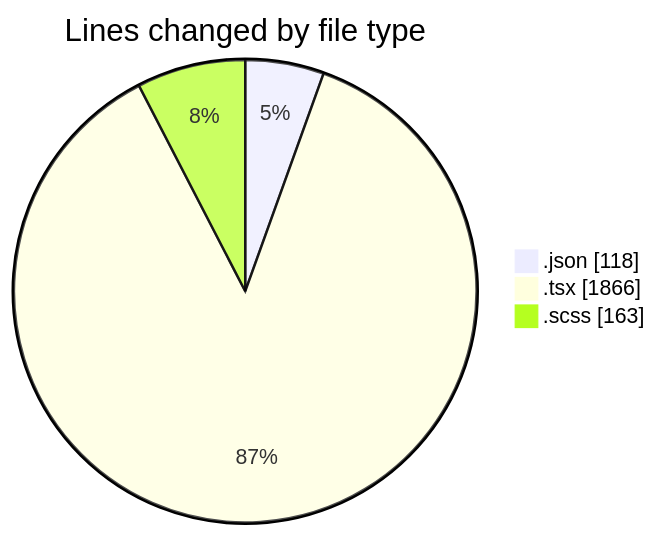
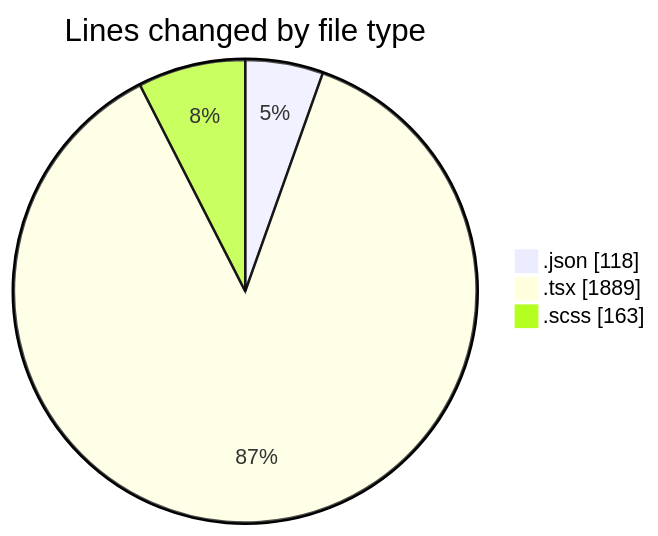
Before and after one commit to momahboobian/code-tracking: the first of 2 diagrams in 2025-11-19/cda/README.md, drawn with Mermaid. The commit also changed other lines of this file and 1 other file, not shown here.

````diff
--- a/2025-11-19/cda/README.md
+++ b/2025-11-19/cda/README.md
@@ -23,7 +23,7 @@
 ```mermaid
 pie showData
 title Lines changed by file type
 ".json" : 118
-".tsx" : 1866
+".tsx" : 1889
 ".scss" : 163
 ```
````
